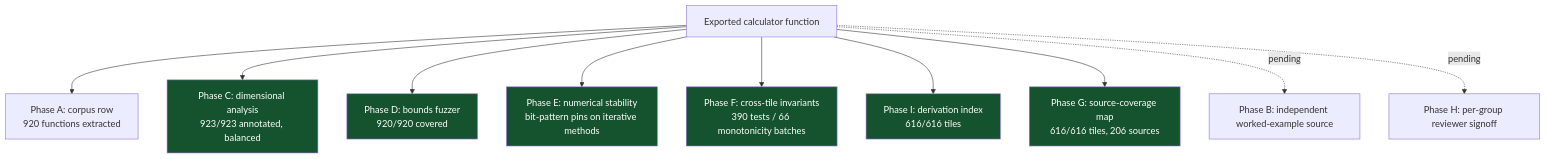
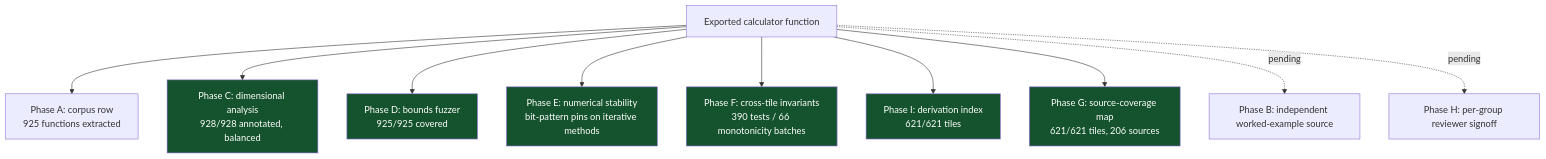
The sixth of 8 diagrams in README.md (clay-good/roughlogic.com), drawn with Mermaid before and after one commit. The commit also changed other lines of this file and 16 other files, not shown here.

````diff
--- a/README.md
+++ b/README.md
@@ -387,18 +387,18 @@
 ```mermaid
 flowchart TB
-    F[Exported calculator function] --> A[Phase A: corpus row\n920 functions extracted]
-    F --> C[Phase C: dimensional analysis\n923/923 annotated, balanced]
-    F --> D[Phase D: bounds fuzzer\n920/920 covered]
+    F[Exported calculator function] --> A[Phase A: corpus row\n925 functions extracted]
+    F --> C[Phase C: dimensional analysis\n928/928 annotated, balanced]
+    F --> D[Phase D: bounds fuzzer\n925/925 covered]
     F --> E[Phase E: numerical stability\nbit-pattern pins on iterative methods]
     F --> Fa[Phase F: cross-tile invariants\n390 tests / 66 monotonicity batches]
-    F --> I[Phase I: derivation index\n616/616 tiles]
-    F --> G[Phase G: source-coverage map\n616/616 tiles, 206 sources]
+    F --> I[Phase I: derivation index\n621/621 tiles]
+    F --> G[Phase G: source-coverage map\n621/621 tiles, 206 sources]
     F -.pending.-> B[Phase B: independent worked-example source]
     F -.pending.-> H[Phase H: per-group reviewer signoff]
     style C fill:#14532d,color:#fff
     style D fill:#14532d,color:#fff
     style E fill:#14532d,color:#fff
     style Fa fill:#14532d,color:#fff
     style G fill:#14532d,color:#fff
     style I fill:#14532d,color:#fff
 ```
````
